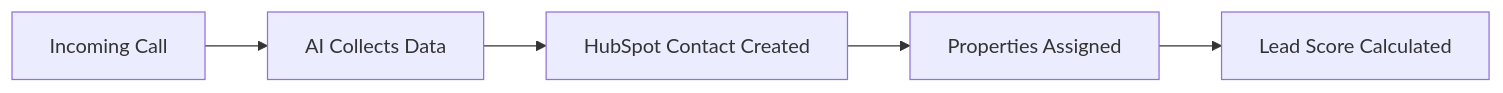
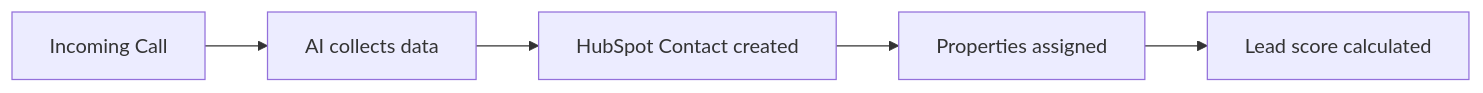
Before and after one commit to bekgroup/Famulor-docs-de: the diagram in en/automation-platform/integrations/einzelintegrations/hubspot.mdx, drawn with Mermaid. The commit also changed other lines of this file and 16 other files, not shown here.

````diff
--- a/en/automation-platform/integrations/einzelintegrations/hubspot.mdx
+++ b/en/automation-platform/integrations/einzelintegrations/hubspot.mdx
@@ -35,7 +34,7 @@
 ```mermaid
 graph LR
-    A[Incoming Call] --> B[AI Collects Data]
-    B --> C[HubSpot Contact Created]
-    C --> D[Properties Assigned]
-    D --> E[Lead Score Calculated]
+    A[Incoming Call] --> B[AI collects data]
+    B --> C[HubSpot Contact created]
+    C --> D[Properties assigned]
+    D --> E[Lead score calculated]
 ```
````
